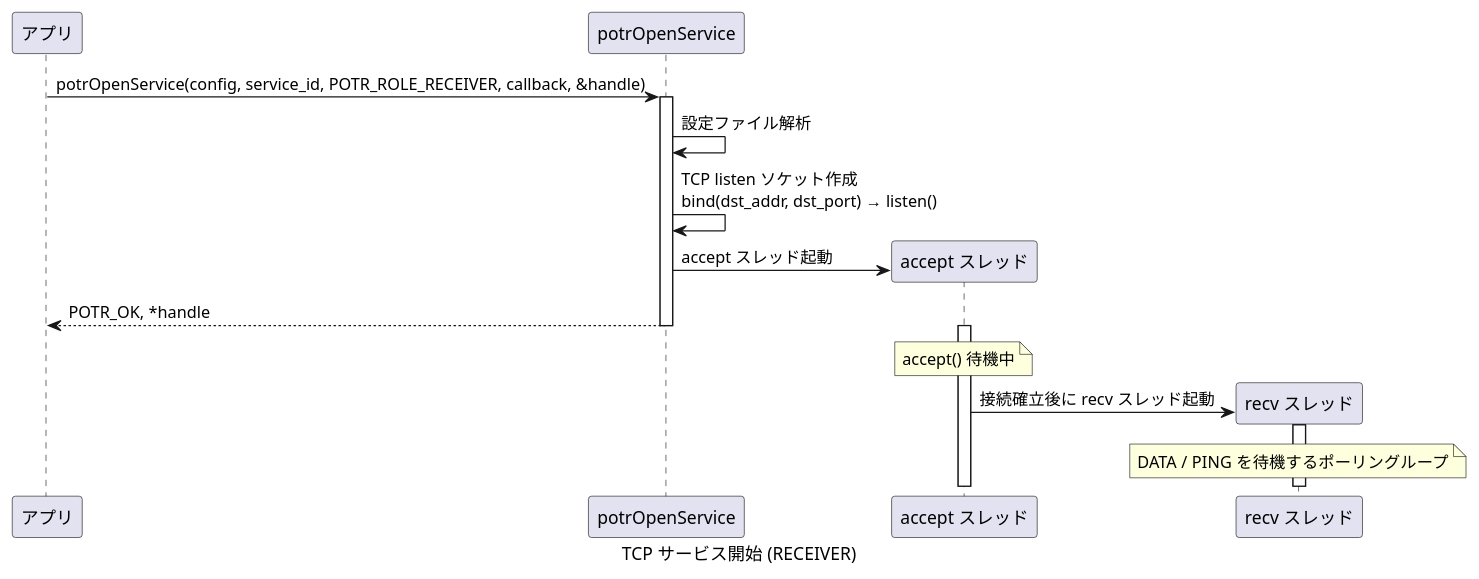
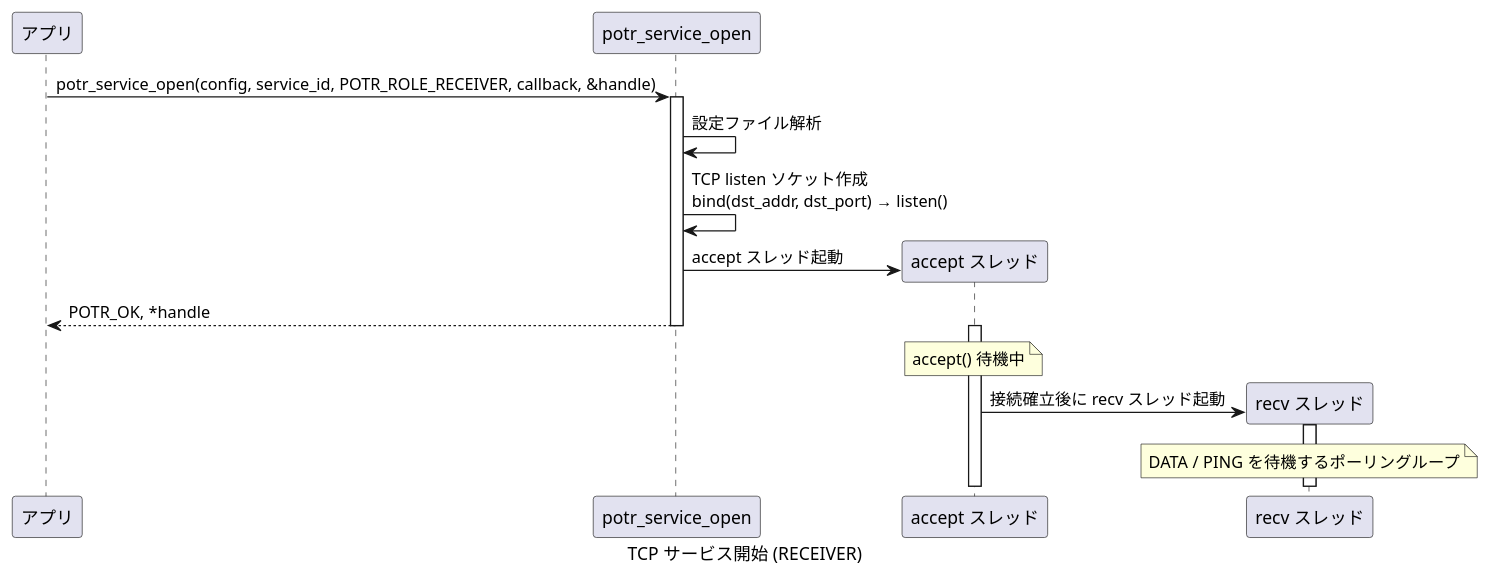
Before and after one commit to Hondarer/app_porter: diagram 23 of 30 in docs/sequence.md, drawn with PlantUML. The commit also changed other lines of this file and 148 other files, not shown here.

````diff
--- a/docs/sequence.md
+++ b/docs/sequence.md
@@ -827,27 +827,27 @@
 ```plantuml
 @startuml TCP サービス開始 (RECEIVER)
 caption TCP サービス開始 (RECEIVER)
 
 participant "アプリ" as APP
-participant "potrOpenService" as OPEN
+participant "potr_service_open" as OPEN
 participant "accept スレッド" as AT
 participant "recv スレッド" as RT
 
-APP -> OPEN: potrOpenService(config, service_id, POTR_ROLE_RECEIVER, callback, &handle)
+APP -> OPEN: potr_service_open(config, service_id, POTR_ROLE_RECEIVER, callback, &handle)
 activate OPEN
 OPEN -> OPEN: 設定ファイル解析
 OPEN -> OPEN: TCP listen ソケット作成\nbind(dst_addr, dst_port) → listen()
 
 OPEN -> AT**: accept スレッド起動
 OPEN --> APP: POTR_OK, *handle
 deactivate OPEN
 
 activate AT
 note over AT: accept() 待機中
 AT -> RT**: 接続確立後に recv スレッド起動
 
 activate RT
 note over RT: DATA / PING を待機するポーリングループ
 
 @enduml
 ```
````
